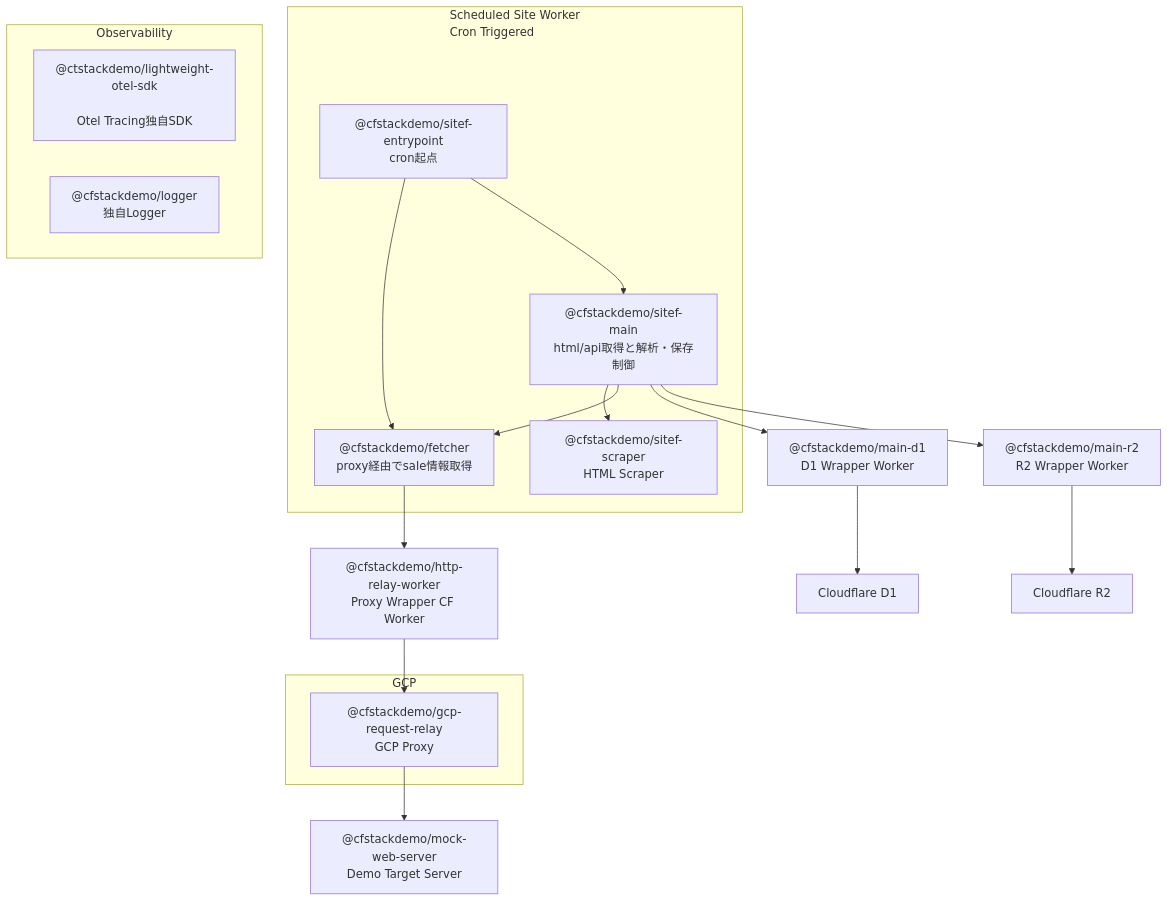
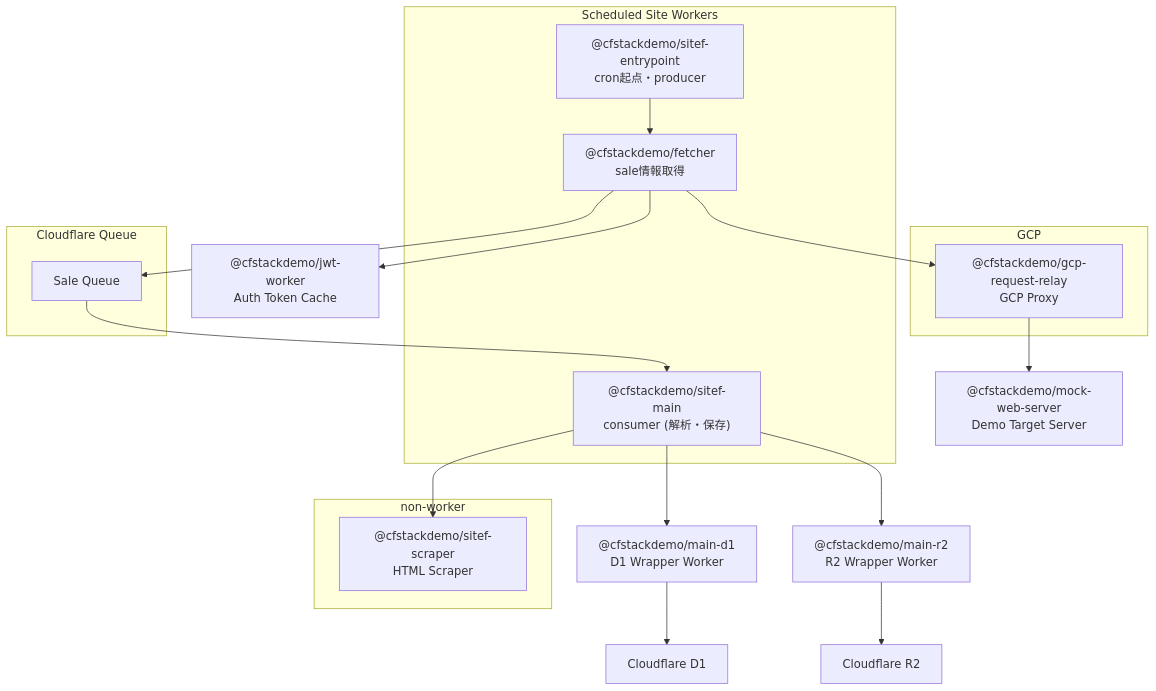
One commit to sev3e3e/cfstackdemo changed the diagram in docs/backend.mmd. Above: the diagram before and after it, drawn with Mermaid.

Commit message:
refactor: update flowchart structure

```diff
--- a/docs/backend.mmd
+++ b/docs/backend.mmd
@@ -1,29 +1,39 @@
 flowchart TD
-  subgraph cron["Scheduled Site Worker<br/>Cron Triggered"]
-    entrypoint["@cfstackdemo/sitef-entrypoint<br/>cron起点"]
-    fetcher["@cfstackdemo/fetcher<br/>proxy経由でsale情報取得"]
-    main["@cfstackdemo/sitef-main<br/>html/api取得と解析・保存制御"]
+  subgraph cron["Scheduled Site Workers"]
+    entrypoint["@cfstackdemo/sitef-entrypoint<br/>cron起点・producer"]
+    fetcher["@cfstackdemo/fetcher<br/>sale情報取得"]
+    main["@cfstackdemo/sitef-main<br/>consumer (解析・保存)"]
+  end
+
+  subgraph queue["Cloudflare Queue"]
+    cfqueue["Sale Queue"]
+  end
+  entrypoint --> fetcher
+  fetcher --> cfqueue
+  cfqueue --> main
+
+  subgraph non-worker
     scraper["@cfstackdemo/sitef-scraper<br/>HTML Scraper"]
   end
 
-  entrypoint --> fetcher
-  entrypoint --> main
   main --> scraper
-  main --> fetcher
-
   main --> d1Wrapper["@cfstackdemo/main-d1<br/>D1 Wrapper Worker"] --> d1[Cloudflare D1]
   main --> r2Wrapper["@cfstackdemo/main-r2<br/>R2 Wrapper Worker"] --> r2[Cloudflare R2]
 
-  cfWrapper["@cfstackdemo/http-relay-worker<br/>Proxy Wrapper CF Worker"]
-  mockServer["@cfstackdemo/mock-web-server<br/>Demo Target Server"]
+  jwt-worker["@cfstackdemo/jwt-worker<br/>Auth Token Cache"]
 
   subgraph GCP
     gcpProxy["@cfstackdemo/gcp-request-relay<br/>GCP Proxy"]
   end
 
-  fetcher --> cfWrapper --> gcpProxy --> mockServer
+  mockServer["@cfstackdemo/mock-web-server<br/>Demo Target Server"]
 
-  subgraph observability["Observability"]
-    otel["@ctstackdemo/lightweight-otel-sdk<br/><br/>Otel Tracing独自SDK"]
-    logger["@cfstackdemo/logger<br/>独自Logger"]
-  end
+  fetcher --> jwt-worker
+  fetcher --> gcpProxy --> mockServer
+
+  
+
+  %% subgraph observability["Observability"]
+  %%   otel["@ctstackdemo/lightweight-otel-sdk<br/><br/>Otel Tracing独自SDK"]
+  %%   logger["@cfstackdemo/logger<br/>独自Logger"]
+  %% end
```
